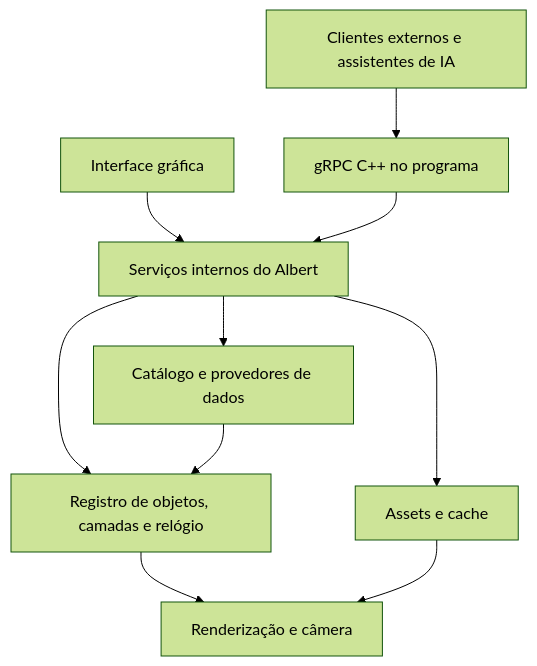
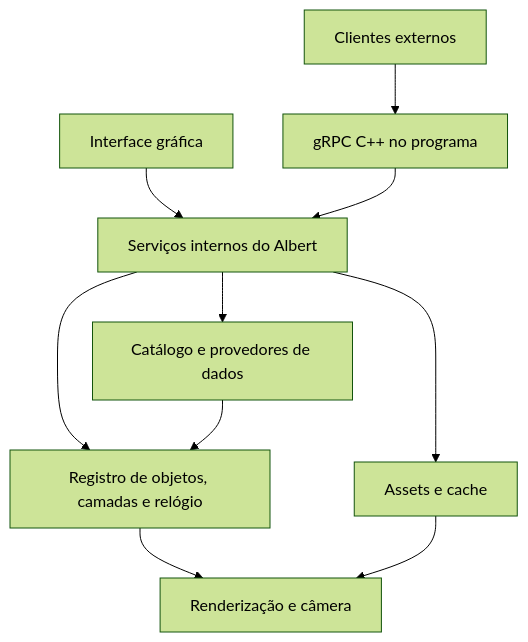
One commit to AllanOliveiraM/albert-engine changed the diagram in ROADMAP.md. Above: the diagram before and after it, drawn with Mermaid (forest theme). The commit also changed other lines of this file and 2 other files, not shown here.

First line of the commit message:
Drop the AI assistant examples from the roadmap for now

````diff
--- a/ROADMAP.md
+++ b/ROADMAP.md
@@ -729,12 +729,12 @@
 ```mermaid
 flowchart TD
     UI[Interface gráfica] --> APP[Serviços internos do Albert]
-    CLIENT[Clientes externos e assistentes de IA] --> RPC[gRPC C++ no programa]
+    CLIENT[Clientes externos] --> RPC[gRPC C++ no programa]
     RPC --> APP
     APP --> SCENE[Registro de objetos, camadas e relógio]
     APP --> CONTENT[Catálogo e provedores de dados]
     APP --> ASSETS[Assets e cache]
     SCENE --> RENDER[Renderização e câmera]
     CONTENT --> SCENE
     ASSETS --> RENDER
 ```
````
